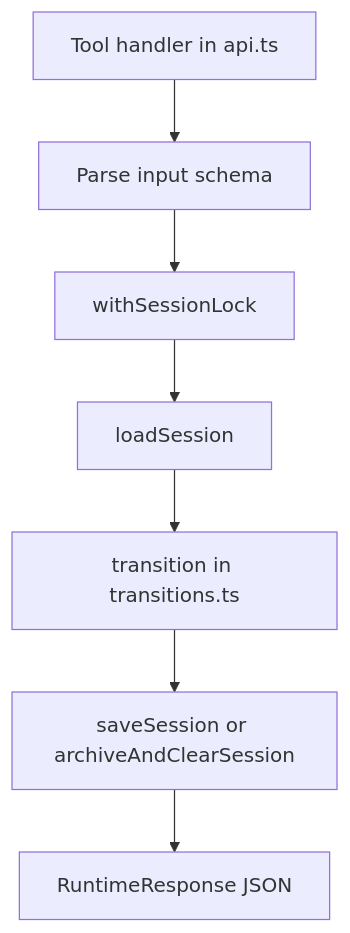
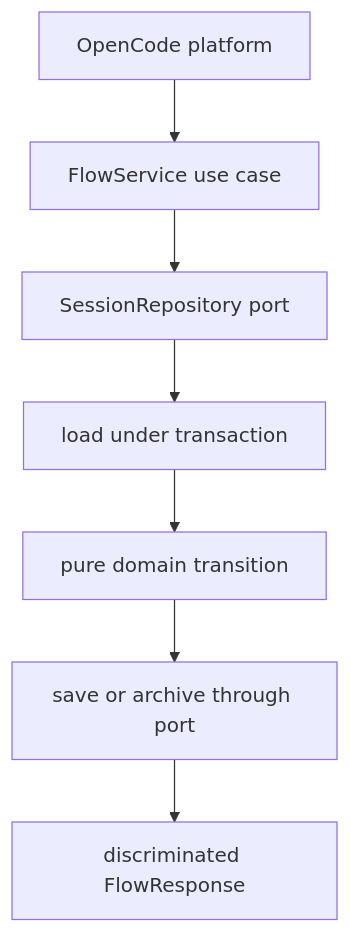
Before and after one commit to ddv1982/flow-opencode: the diagram in droid-wiki/systems/runtime-state-machine.md, drawn with Mermaid. The commit also changed other lines of this file and 116 other files, not shown here.

Commit message:
Release Flow 5.0.0 TypeScript 7 hard-cutover lore

````diff
--- a/droid-wiki/systems/runtime-state-machine.md
+++ b/droid-wiki/systems/runtime-state-machine.md
@@ -33,9 +33,9 @@
 ```mermaid
 graph TD
-    Tool[Tool handler in api.ts] --> Parse[Parse input schema]
-    Parse --> Lock[withSessionLock]
-    Lock --> Load[loadSession]
-    Load --> Transition[transition in transitions.ts]
-    Transition --> Save[saveSession or archiveAndClearSession]
-    Save --> Response[RuntimeResponse JSON]
+    Platform[OpenCode platform] --> Service[FlowService use case]
+    Service --> Port[SessionRepository port]
+    Port --> Load[load under transaction]
+    Load --> Transition[pure domain transition]
+    Transition --> Save[save or archive through port]
+    Save --> Response[discriminated FlowResponse]
 ```
````
